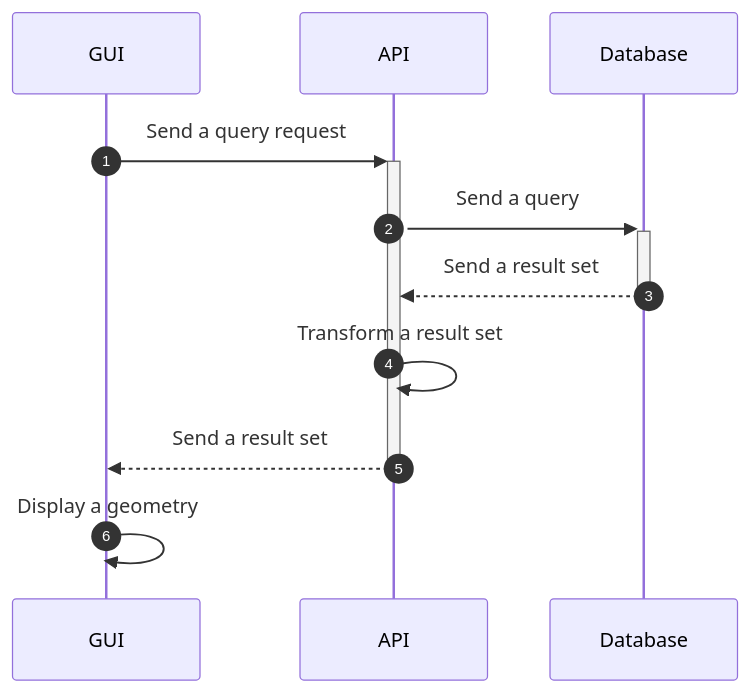
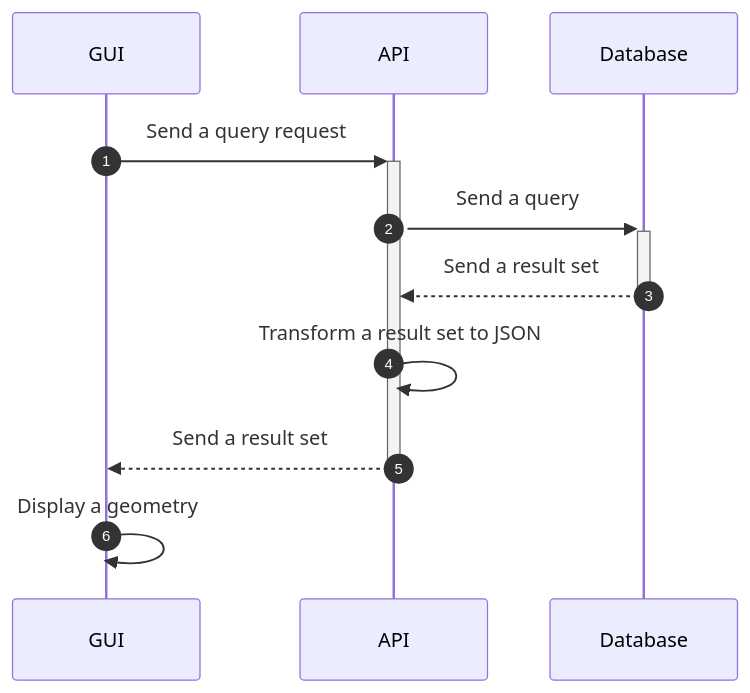
The second of 4 diagrams in README.md (cyoq/oracle-geometry-viewer), drawn with Mermaid before and after one commit. The commit also changed other lines of this file, not shown here.

````diff
--- a/README.md
+++ b/README.md
@@ -39,10 +39,10 @@
 ```mermaid
 sequenceDiagram
     autonumber
     GUI->>+API: Send a query request
     API->>+Database: Send a query
     Database -->>- API : Send a result set
-    API ->> API : Transform a result set
+    API ->> API : Transform a result set to JSON
     API-->>-GUI: Send a result set
     GUI ->> GUI : Display a geometry
 ```
````
